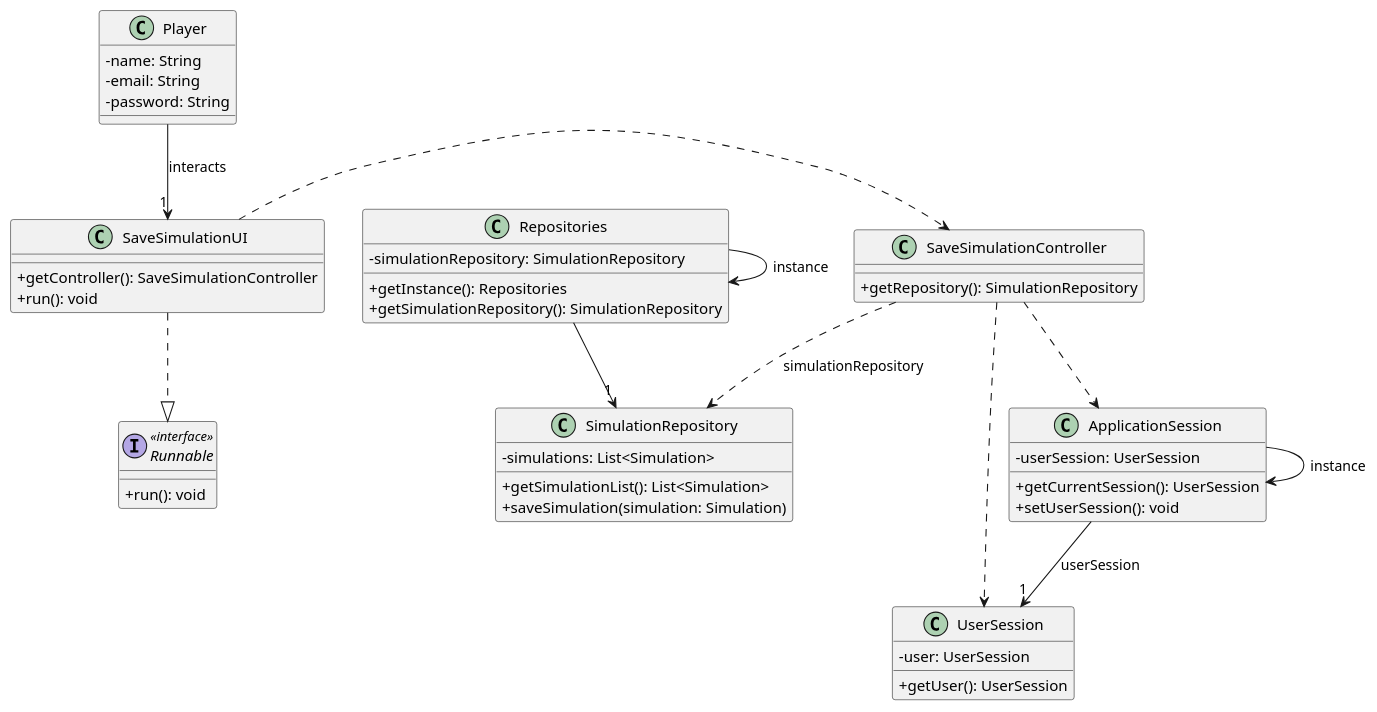
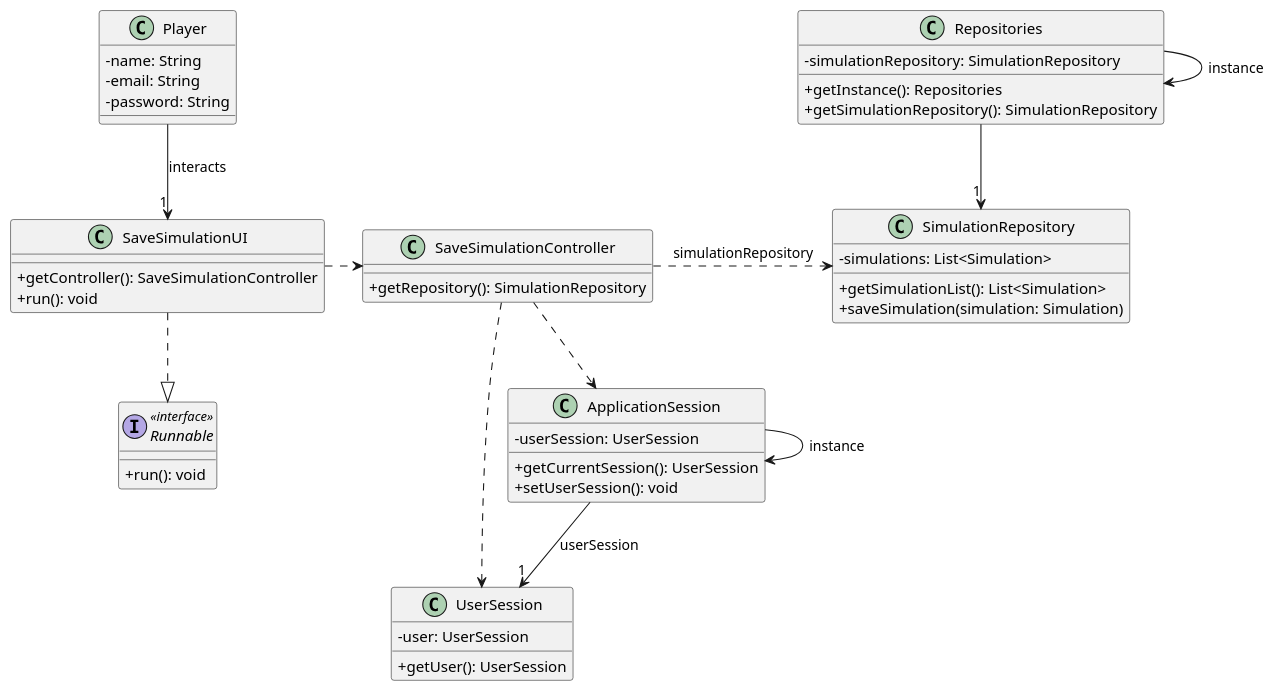
The diagram in docs/sprint3/us023/03.design/puml/us023-class-diagram.puml (ivasduarte/all-aboard), drawn with PlantUML before and after one commit. The commit also changed 2 other files, not shown here.

Commit message:
US25(docs): added class diagram

```diff
--- a/docs/sprint3/us023/03.design/puml/us023-class-diagram.puml
+++ b/docs/sprint3/us023/03.design/puml/us023-class-diagram.puml
@@ -1,60 +1,60 @@
 @startuml
 skinparam classAttributeIconSize 0
 
 interface Runnable <<interface>>{
     +run(): void
 }
 
 class SaveSimulationUI {
     +getController(): SaveSimulationController
     +run(): void
 }
 
 class SaveSimulationController {
     +getRepository(): SimulationRepository
 }
 
 class SimulationRepository {
     -simulations: List<Simulation>
     +getSimulationList(): List<Simulation>
     +saveSimulation(simulation: Simulation)
 }
 
 class Player {
     -name: String
     -email: String
     -password: String
 }
 
 class Repositories {
     -simulationRepository: SimulationRepository
     +getInstance(): Repositories
     +getSimulationRepository(): SimulationRepository
 }
 
 class ApplicationSession {
     -userSession: UserSession
     +getCurrentSession(): UserSession
     +setUserSession(): void
 }
 
 class UserSession {
     -user: UserSession
     +getUser(): UserSession
 }
 
 Repositories -> Repositories : instance
 ApplicationSession -> ApplicationSession : instance
 
 SaveSimulationUI ..|> Runnable
 SaveSimulationUI .> SaveSimulationController
 SaveSimulationController ..> ApplicationSession
-SaveSimulationController ..> UserSession
-SaveSimulationController ..> SimulationRepository : simulationRepository
+SaveSimulationController .> UserSession
+SaveSimulationController .> SimulationRepository : simulationRepository
 
 Repositories --> "1" SimulationRepository
 
 ApplicationSession --> "1" UserSession : userSession
 Player --> "1" SaveSimulationUI : interacts
 
 @enduml
```
